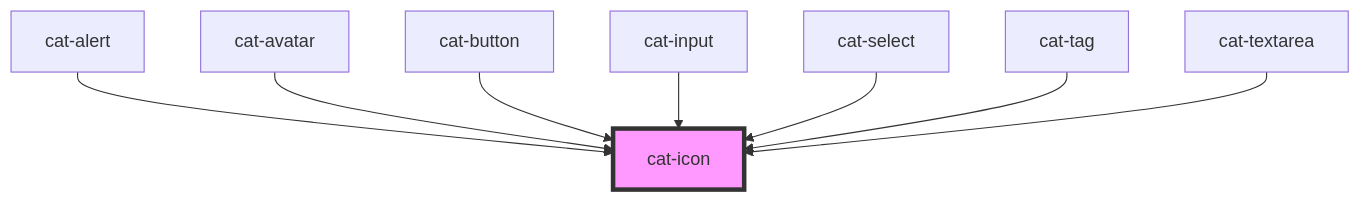
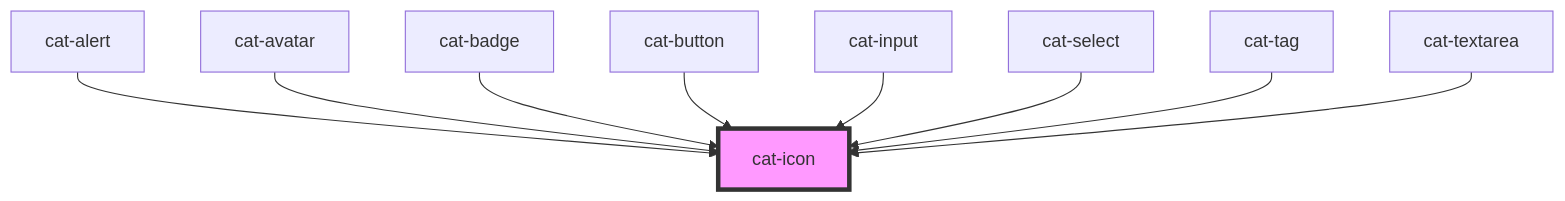
The diagram in core/src/components/cat-icon/readme.md (haiilo/catalyst), drawn with Mermaid before and after one commit. The commit also changed other lines of this file and 9 other files, not shown here.

````diff
--- a/core/src/components/cat-icon/readme.md
+++ b/core/src/components/cat-icon/readme.md
@@ -48,11 +49,12 @@
 ```mermaid
 graph TD;
   cat-alert --> cat-icon
   cat-avatar --> cat-icon
+  cat-badge --> cat-icon
   cat-button --> cat-icon
   cat-input --> cat-icon
   cat-select --> cat-icon
   cat-tag --> cat-icon
   cat-textarea --> cat-icon
   style cat-icon fill:#f9f,stroke:#333,stroke-width:4px
 ```
````
